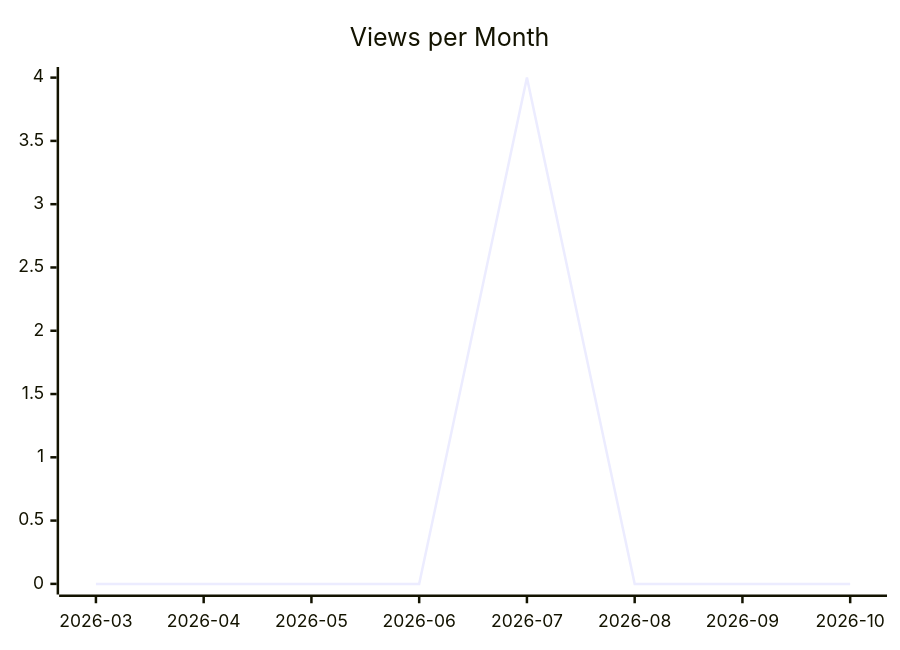
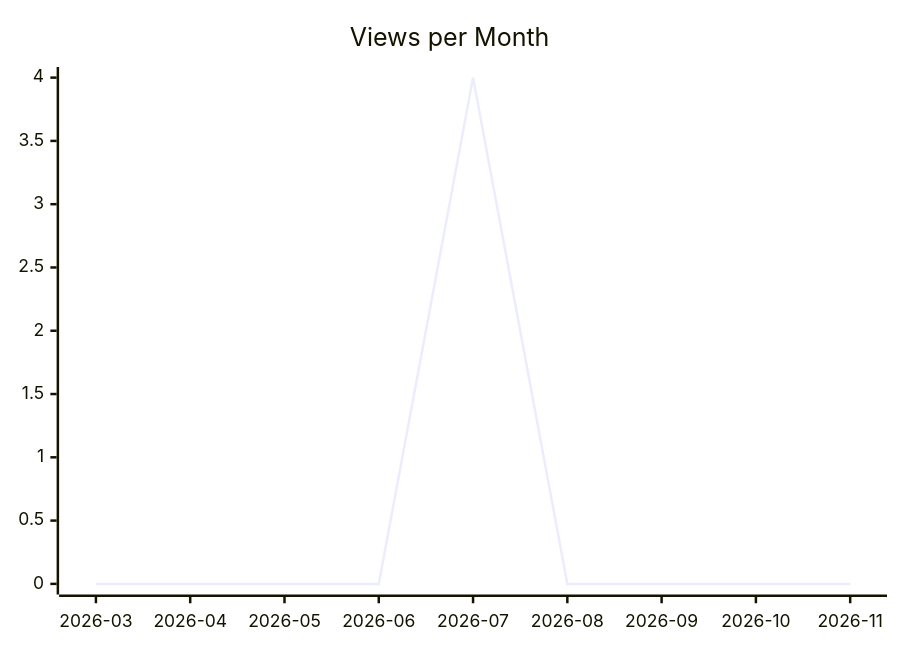
One commit to justdavis-family/github-analytics-data changed the second of 3 diagrams in karlmdavis/ansible-jenkins/README.md. Above: the diagram before and after it, drawn with Mermaid. The commit also changed other lines of this file and 201 other files, not shown here.

````diff
--- a/karlmdavis/ansible-jenkins/README.md
+++ b/karlmdavis/ansible-jenkins/README.md
@@ -12,6 +12,6 @@
 ```mermaid
 xychart-beta
   title "Views per Month"
-  x-axis ["2026-03", "2026-04", "2026-05", "2026-06", "2026-07", "2026-08", "2026-09", "2026-10"]
-  line [0, 0, 0, 0, 4, 0, 0, 0]
+  x-axis ["2026-03", "2026-04", "2026-05", "2026-06", "2026-07", "2026-08", "2026-09", "2026-10", "2026-11"]
+  line [0, 0, 0, 0, 4, 0, 0, 0, 0]
 ```
````
